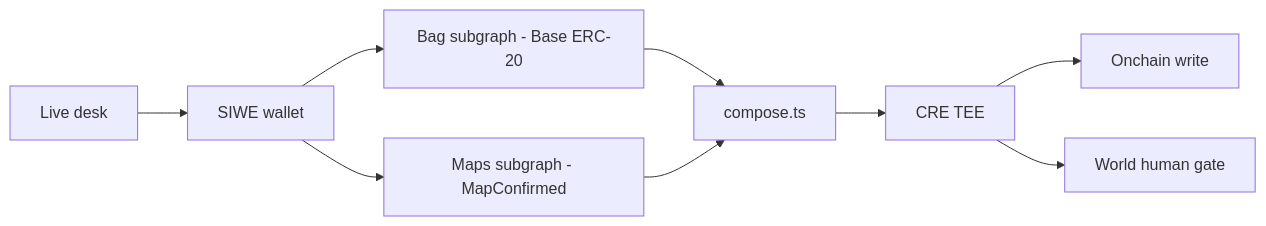
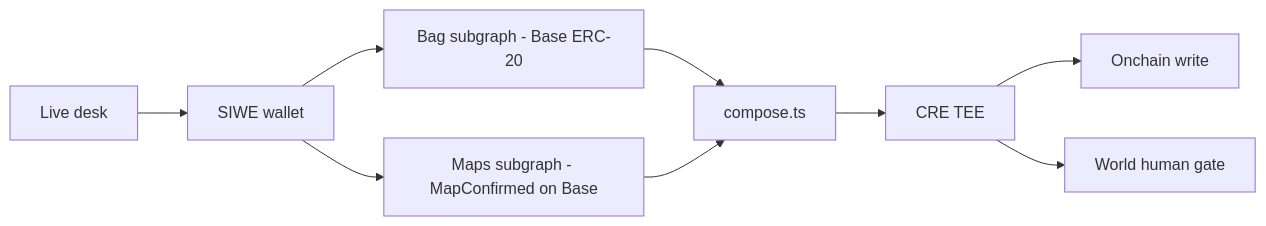
One commit to AiAlchemist0/tradecharts-attest changed the diagram in docs/ARCHITECTURE.md. Above: the diagram before and after it, drawn with Mermaid. The commit also changed other lines of this file and 19 other files, not shown here.

First line of the commit message:
feat: put maps on Base and drop the personal compose sample

````diff
--- a/docs/ARCHITECTURE.md
+++ b/docs/ARCHITECTURE.md
@@ -12,20 +15,20 @@
 ```mermaid
 flowchart LR
   desk[Live desk]
   wallet[SIWE wallet]
   std[Bag subgraph - Base ERC-20]
-  maps[Maps subgraph - MapConfirmed]
+  maps[Maps subgraph - MapConfirmed on Base]
   compose[compose.ts]
   cre[CRE TEE]
   chain[Onchain write]
   world[World human gate]
 
   desk --> wallet
   wallet --> std
   wallet --> maps
   std --> compose
   maps --> compose
   compose --> cre
   cre --> chain
   cre --> world
 ```
````
